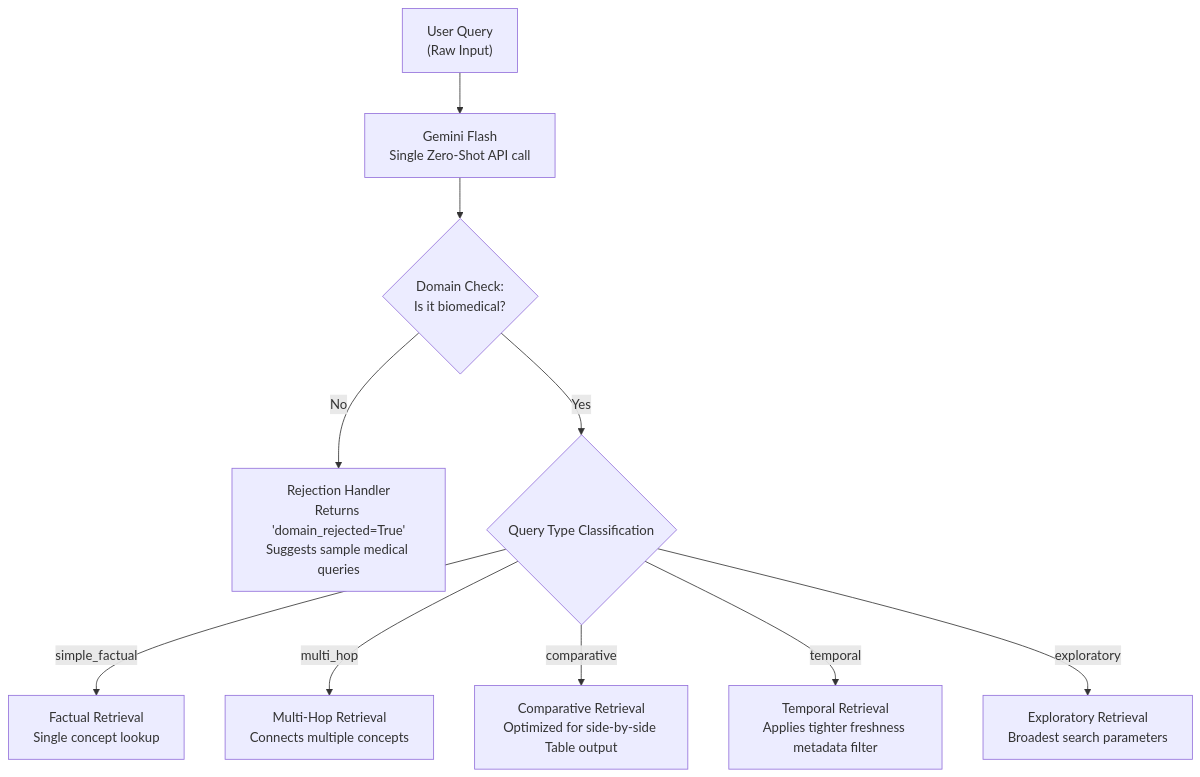
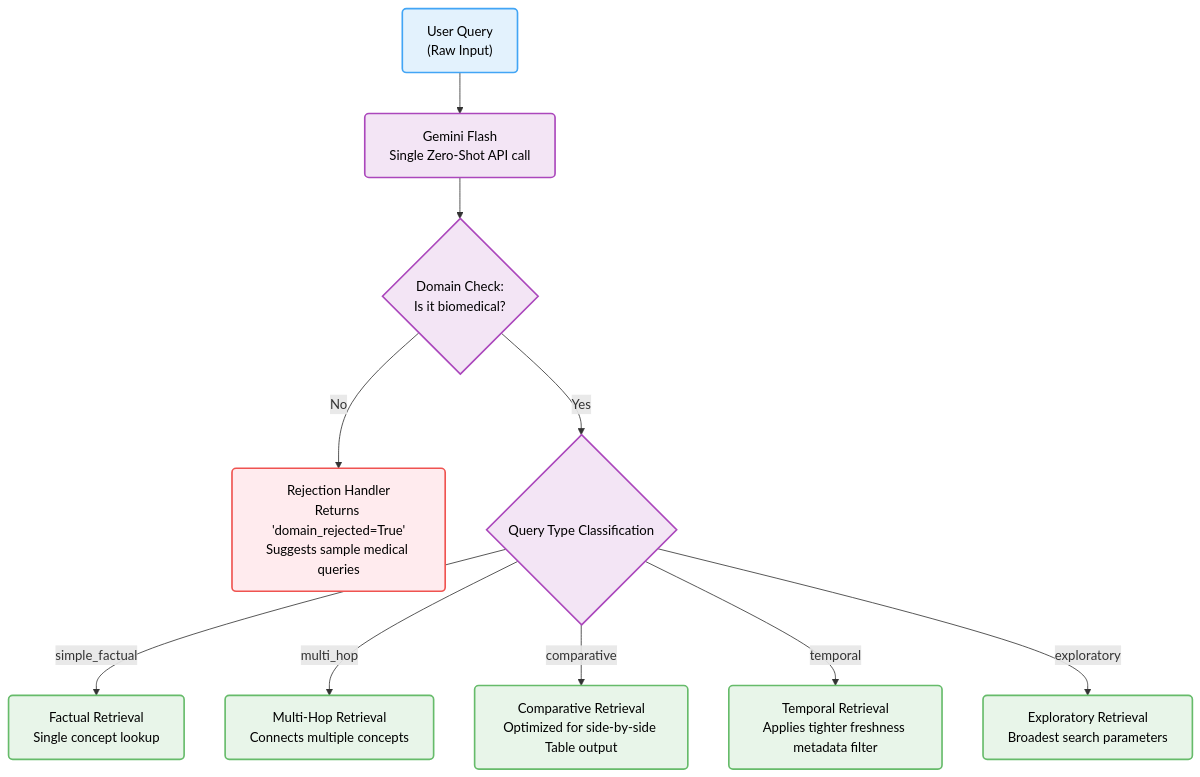
Before and after one commit to pavan939111/SelfLearning_Rag: the third of 11 diagrams in ARCHITECTURE.md, drawn with Mermaid. The commit also changed other lines of this file, not shown here.

Commit message:
docs: apply pastel color grading to all diagrams in ARCHITECTURE.md to ensure high visibility and professional design

````diff
--- a/ARCHITECTURE.md
+++ b/ARCHITECTURE.md
@@ -133,14 +119,19 @@
 ```mermaid
 flowchart TD
-    Q["User Query\n(Raw Input)"] --> GEMINI["Gemini Flash\nSingle Zero-Shot API call"]
+    classDef input fill:#e3f2fd,stroke:#42a5f5,stroke-width:2px,color:#000,rx:5px
+    classDef process fill:#f3e5f5,stroke:#ab47bc,stroke-width:2px,color:#000,rx:5px
+    classDef fail fill:#ffebee,stroke:#ef5350,stroke-width:2px,color:#000,rx:5px
+    classDef route fill:#e8f5e9,stroke:#66bb6a,stroke-width:2px,color:#000,rx:5px
 
-    GEMINI --> DOM{"Domain Check:\nIs it biomedical?"}
-    DOM -->|"No"| REJ["Rejection Handler\nReturns 'domain_rejected=True'\nSuggests sample medical queries"]
-    DOM -->|"Yes"| TYPE{"Query Type Classification"}
+    Q["User Query\n(Raw Input)"]:::input --> GEMINI["Gemini Flash\nSingle Zero-Shot API call"]:::process
 
-    TYPE -->|"simple_factual"| T1["Factual Retrieval\nSingle concept lookup"]
-    TYPE -->|"multi_hop"| T2["Multi-Hop Retrieval\nConnects multiple concepts"]
-    TYPE -->|"comparative"| T3["Comparative Retrieval\nOptimized for side-by-side Table output"]
-    TYPE -->|"temporal"| T4["Temporal Retrieval\nApplies tighter freshness metadata filter"]
-    TYPE -->|"exploratory"| T5["Exploratory Retrieval\nBroadest search parameters"]
+    GEMINI --> DOM{"Domain Check:\nIs it biomedical?"}:::process
+    DOM -->|"No"| REJ["Rejection Handler\nReturns 'domain_rejected=True'\nSuggests sample medical queries"]:::fail
+    DOM -->|"Yes"| TYPE{"Query Type Classification"}:::process
+
+    TYPE -->|"simple_factual"| T1["Factual Retrieval\nSingle concept lookup"]:::route
+    TYPE -->|"multi_hop"| T2["Multi-Hop Retrieval\nConnects multiple concepts"]:::route
+    TYPE -->|"comparative"| T3["Comparative Retrieval\nOptimized for side-by-side Table output"]:::route
+    TYPE -->|"temporal"| T4["Temporal Retrieval\nApplies tighter freshness metadata filter"]:::route
+    TYPE -->|"exploratory"| T5["Exploratory Retrieval\nBroadest search parameters"]:::route
 ```
````
